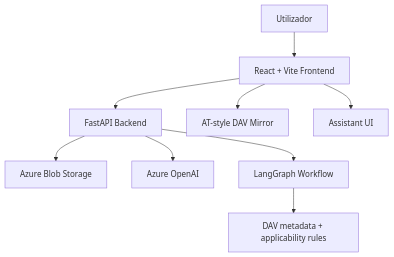
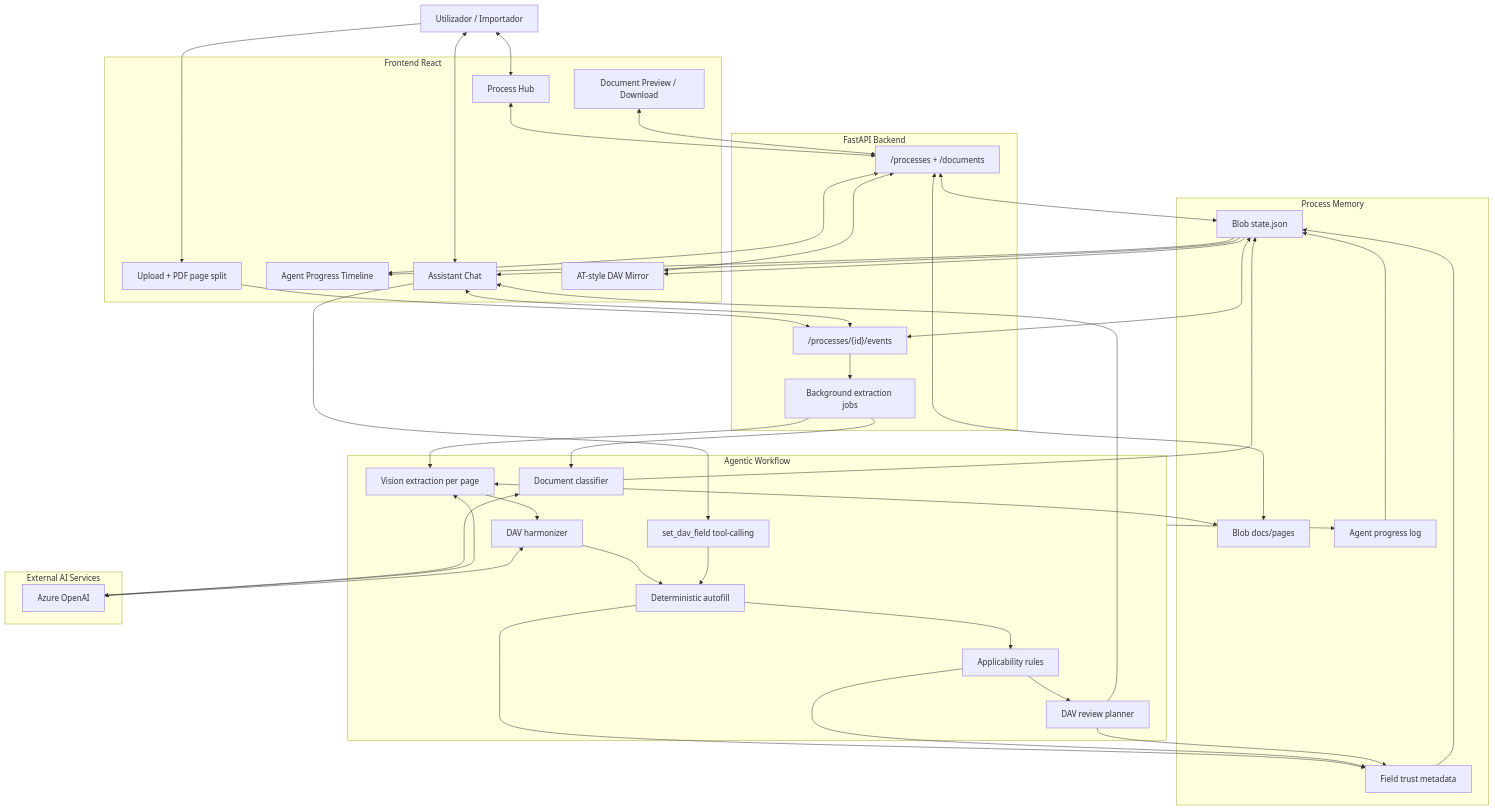
Before and after one commit to joaomaria9991/Car-Legalizer-Assistant: the second of 2 diagrams in README.md, drawn with Mermaid. The commit also changed other lines of this file, not shown here.

Commit message:
better diagram

````diff
--- a/README.md
+++ b/README.md
@@ -56,11 +54,80 @@
 ```mermaid
 flowchart TB
-    U["Utilizador"] --> FE["React + Vite Frontend"]
-    FE --> API["FastAPI Backend"]
-    API --> BLOB["Azure Blob Storage"]
-    API --> AOAI["Azure OpenAI"]
-    API --> GRAPH["LangGraph Workflow"]
-    GRAPH --> META["DAV metadata + applicability rules"]
-    FE --> MIRROR["AT-style DAV Mirror"]
-    FE --> CHAT["Assistant UI"]
+    U["Utilizador / Importador"]
+
+    subgraph FE["Frontend React"]
+        HUB["Process Hub"]
+        UPLOAD["Upload + PDF page split"]
+        PROGRESS["Agent Progress Timeline"]
+        CHAT["Assistant Chat"]
+        MIRROR["AT-style DAV Mirror"]
+        DOCS["Document Preview / Download"]
+    end
+
+    subgraph API["FastAPI Backend"]
+        EVENTS["/processes/{id}/events"]
+        STATE_API["/processes + /documents"]
+        BG["Background extraction jobs"]
+    end
+
+    subgraph AGENTS["Agentic Workflow"]
+        CLASSIFY["Document classifier"]
+        EXTRACT["Vision extraction per page"]
+        HARMONIZE["DAV harmonizer"]
+        AUTOFILL["Deterministic autofill"]
+        RULES["Applicability rules"]
+        REVIEW["DAV review planner"]
+        TOOLCALL["set_dav_field tool-calling"]
+    end
+
+    subgraph MEMORY["Process Memory"]
+        BLOB_DOCS["Blob docs/pages"]
+        BLOB_STATE["Blob state.json"]
+        META["Field trust metadata"]
+        LOGS["Agent progress log"]
+    end
+
+    subgraph AI["External AI Services"]
+        AOAI["Azure OpenAI"]
+    end
+
+    U <--> HUB
+    U <--> CHAT
+    U --> UPLOAD
+    HUB <--> STATE_API
+    UPLOAD --> EVENTS
+    CHAT <--> EVENTS
+    PROGRESS <--> STATE_API
+    MIRROR <--> STATE_API
+    DOCS <--> STATE_API
+
+    EVENTS <--> BLOB_STATE
+    STATE_API <--> BLOB_STATE
+    STATE_API <--> BLOB_DOCS
+    EVENTS --> BG
+
+    BG --> CLASSIFY
+    CLASSIFY <--> AOAI
+    CLASSIFY --> BLOB_STATE
+    BG --> EXTRACT
+    EXTRACT <--> BLOB_DOCS
+    EXTRACT <--> AOAI
+    EXTRACT --> HARMONIZE
+    HARMONIZE <--> AOAI
+    HARMONIZE --> AUTOFILL
+    AUTOFILL --> RULES
+    RULES --> REVIEW
+    REVIEW --> CHAT
+    CHAT --> TOOLCALL
+    TOOLCALL --> AUTOFILL
+
+    AUTOFILL --> META
+    RULES --> META
+    REVIEW --> META
+    AGENTS --> LOGS
+    META --> BLOB_STATE
+    LOGS --> BLOB_STATE
+    BLOB_STATE --> PROGRESS
+    BLOB_STATE --> MIRROR
+    BLOB_STATE --> CHAT
 ```
````
